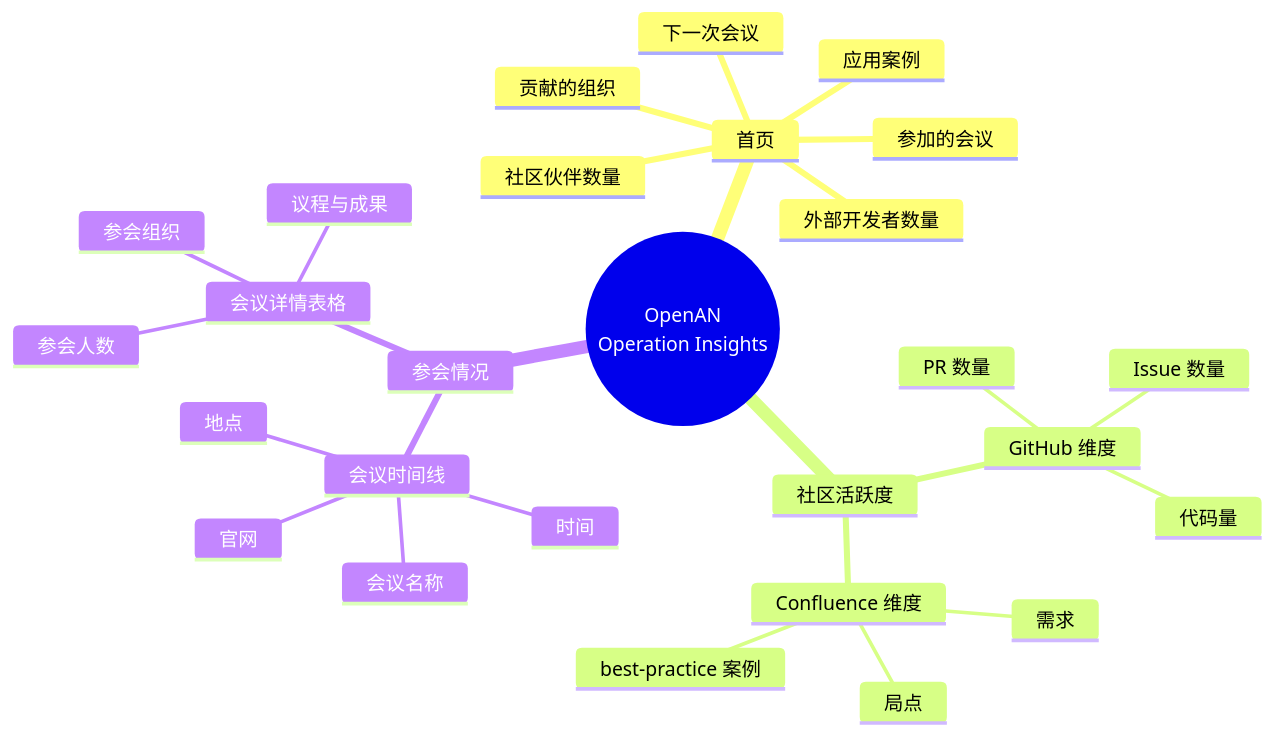
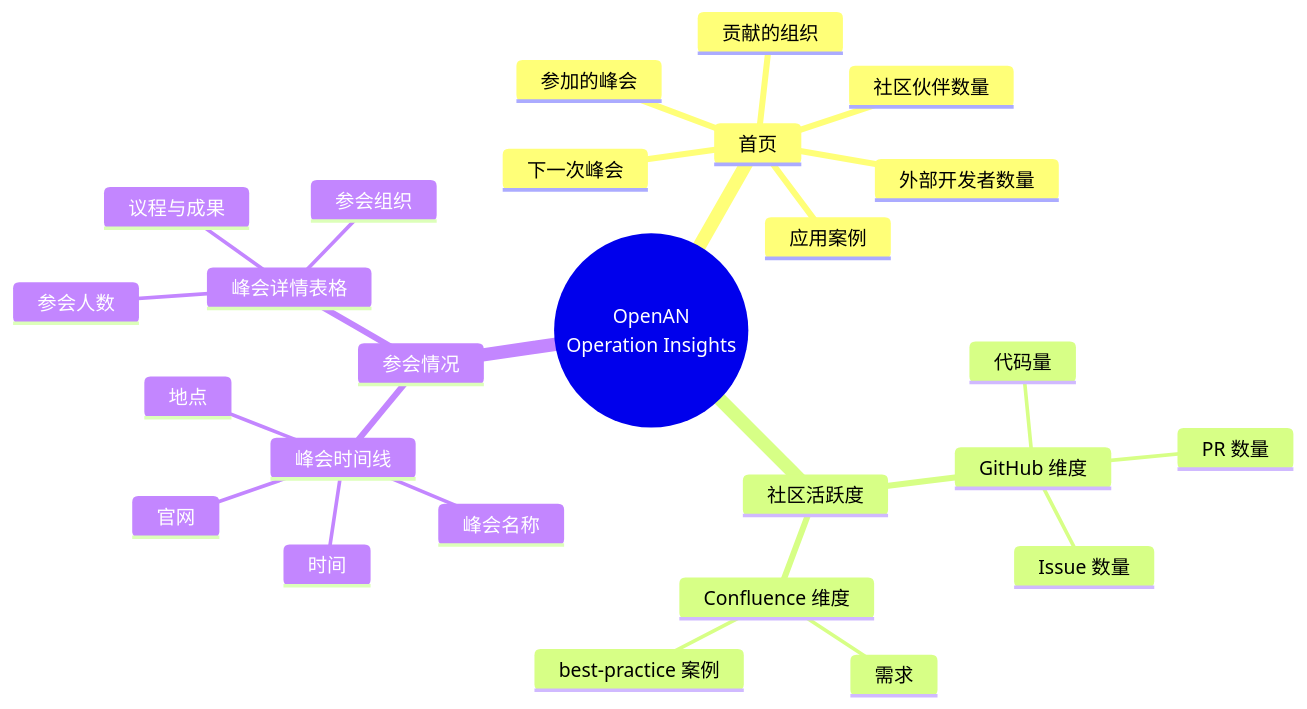
The first of 8 diagrams in docs/01-architecture-overview.md (XunliYang/openan-operation-insights), drawn with Mermaid before and after one commit. The commit also changed other lines of this file and 152 other files, not shown here.

````diff
--- a/docs/01-architecture-overview.md
+++ b/docs/01-architecture-overview.md
@@ -58,30 +58,29 @@
 ```mermaid
 mindmap
   root((OpenAN<br/>Operation Insights))
     首页
       社区伙伴数量
       外部开发者数量
-      参加的会议
+      参加的峰会
       应用案例
-      下一次会议
+      下一次峰会
       贡献的组织
     社区活跃度
       GitHub 维度
         PR 数量
         Issue 数量
         代码量
       Confluence 维度
         需求
         best-practice 案例
-        局点
     参会情况
-      会议时间线
-        会议名称
+      峰会时间线
+        峰会名称
         时间
         地点
         官网
-      会议详情表格
+      峰会详情表格
         参会组织
         参会人数
         议程与成果
 ```
````
